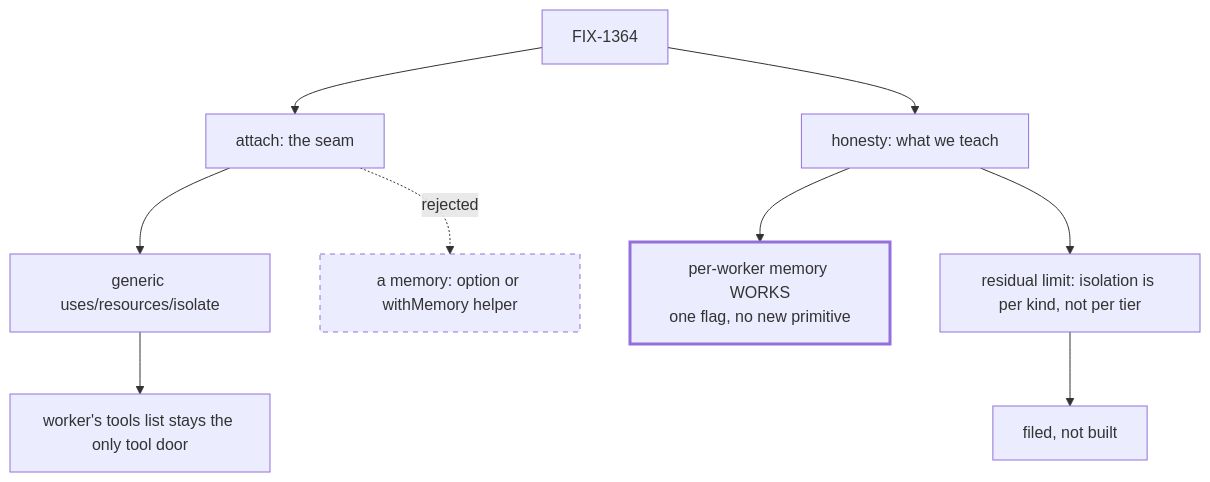
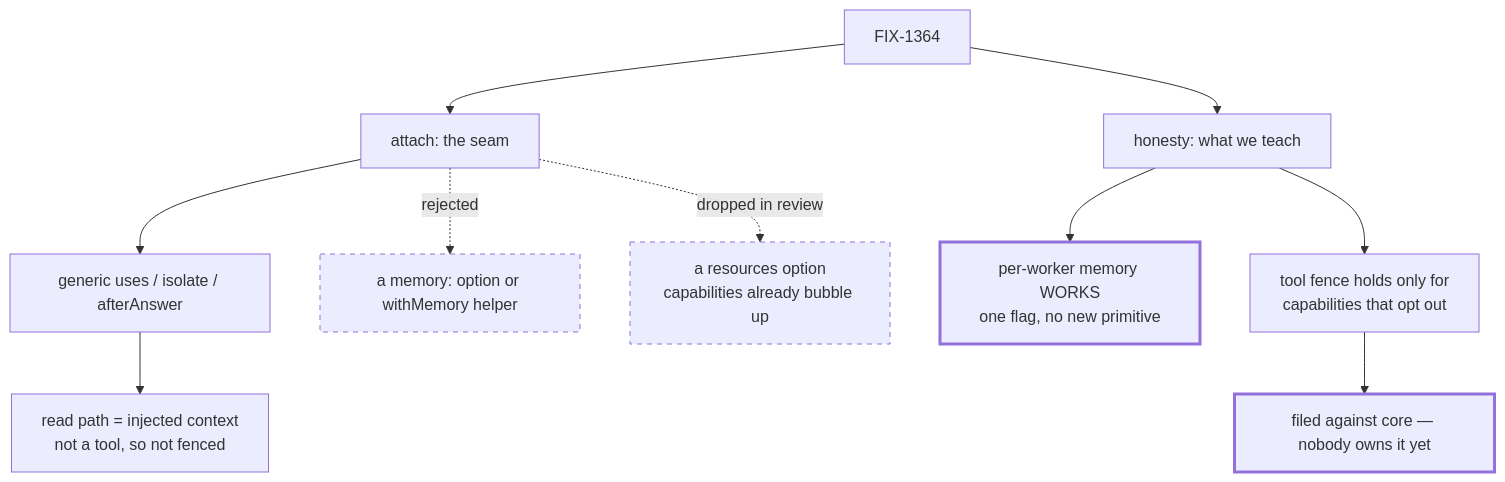
The third of 3 diagrams in spec/FIX-1364.explainer.md (fixpoint-labs/flow-state-dev), drawn with Mermaid before and after one commit. The commit also changed other lines of this file and 4 other files, not shown here.

First line of the commit message:
spec(FIX-1364): fold review — write side, read path, drop resources option

````diff
--- a/spec/FIX-1364.explainer.md
+++ b/spec/FIX-1364.explainer.md
@@ -46,18 +45,20 @@
 ```mermaid
 flowchart TD
   Issue[FIX-1364] --> Attach[attach: the seam]
   Issue --> Honesty[honesty: what we teach]
 
-  Attach --> Generic[generic uses/resources/isolate]
+  Attach --> Generic["generic uses / isolate / afterAnswer"]
   Attach -.->|rejected| Shaped["a memory: option or withMemory helper"]
-  Generic --> Fence[worker's tools list stays the only tool door]
+  Attach -.->|dropped in review| Res["a resources option<br/>capabilities already bubble up"]
+
+  Generic --> Read["read path = injected context<br/>not a tool, so not fenced"]
 
   Honesty --> Proved["per-worker memory WORKS<br/>one flag, no new primitive"]
-  Honesty --> Residual[residual limit: isolation is per kind, not per tier]
-  Residual --> Ticket[filed, not built]
+  Honesty --> Residue["tool fence holds only for<br/>capabilities that opt out"]
+  Residue --> Core[filed against core — nobody owns it yet]
 
   classDef rejected stroke-dasharray: 5 5
   classDef finding stroke-width:3px
-  class Shaped rejected
-  class Proved finding
+  class Shaped,Res rejected
+  class Proved,Core finding
 ```
````
